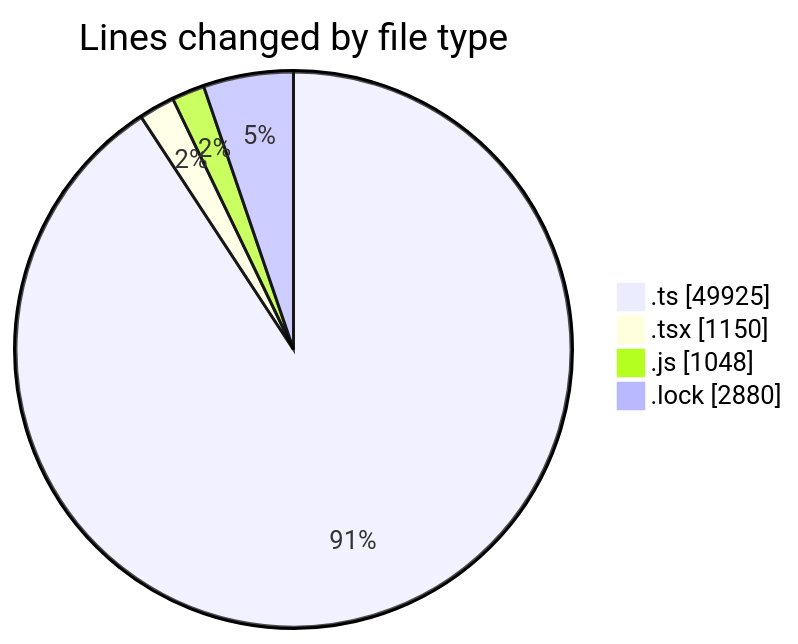
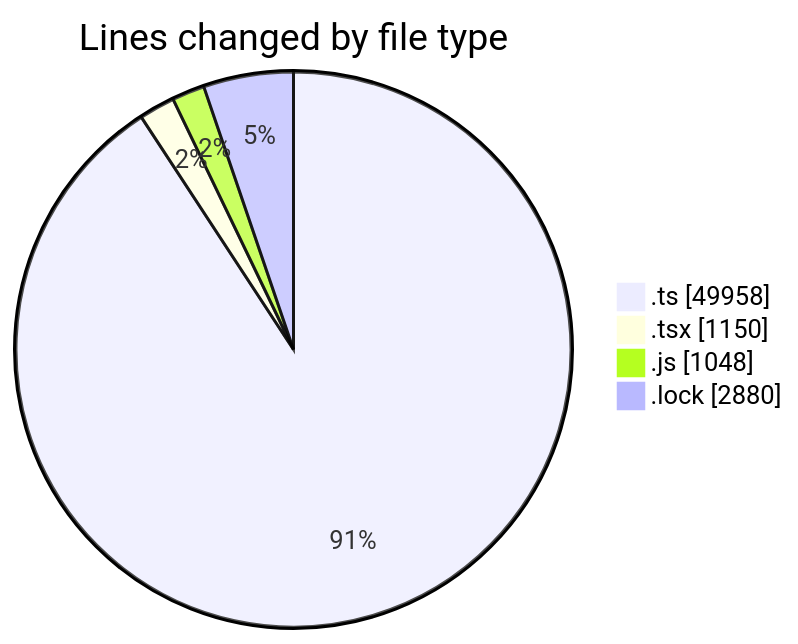
Before and after one commit to momahboobian/code-tracking: the first of 2 diagrams in 2026-09-11/cda/README.md, drawn with Mermaid. The commit also changed other lines of this file and 1 other file, not shown here.

````diff
--- a/2026-09-11/cda/README.md
+++ b/2026-09-11/cda/README.md
@@ -47,8 +47,8 @@
 ```mermaid
 pie showData
 title Lines changed by file type
-".ts" : 49925
+".ts" : 49958
 ".tsx" : 1150
 ".js" : 1048
 ".lock" : 2880
 ```
````
